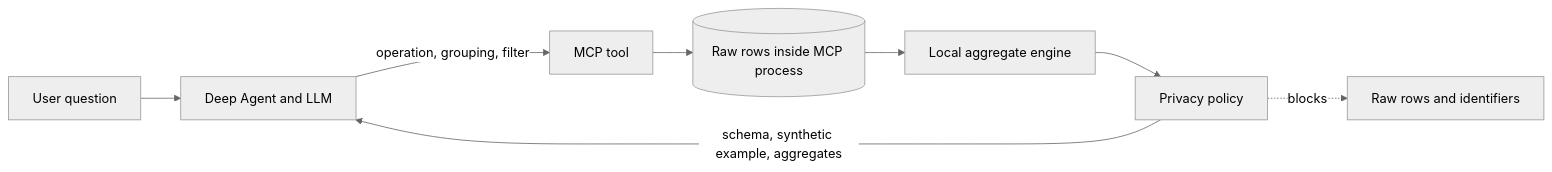
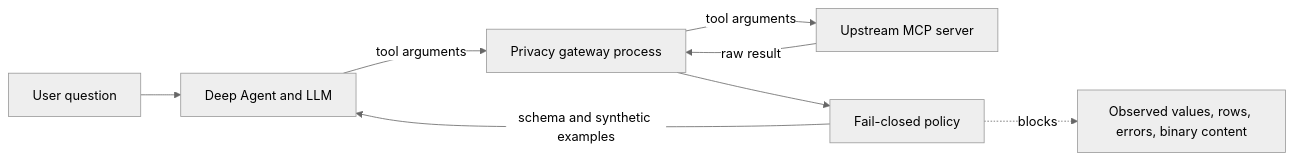
The diagram in docs/privacy-architecture.md (sandeshbagmare/DeepAgents-Data-Privacy), drawn with Mermaid (neutral theme) before and after one commit. The commit also changed other lines of this file and 9 other files, not shown here.

Commit message:
Add reusable MCP privacy gateway

````diff
--- a/docs/privacy-architecture.md
+++ b/docs/privacy-architecture.md
@@ -11,10 +12,10 @@
 ```mermaid
 flowchart LR
     U[User question] --> L[Deep Agent and LLM]
-    L -->|operation, grouping, filter| M[MCP tool]
-    M --> D[(Raw rows inside MCP process)]
-    D --> A[Local aggregate engine]
-    A --> P[Privacy policy]
-    P -->|schema, synthetic example, aggregates| L
-    P -. blocks .-> X[Raw rows and identifiers]
+    L -->|tool arguments| G[Privacy gateway process]
+    G -->|tool arguments| M[Upstream MCP server]
+    M -->|raw result| G
+    G --> P[Fail-closed policy]
+    P -->|schema and synthetic examples| L
+    P -. blocks .-> X[Observed values, rows, errors, binary content]
 ```
````
